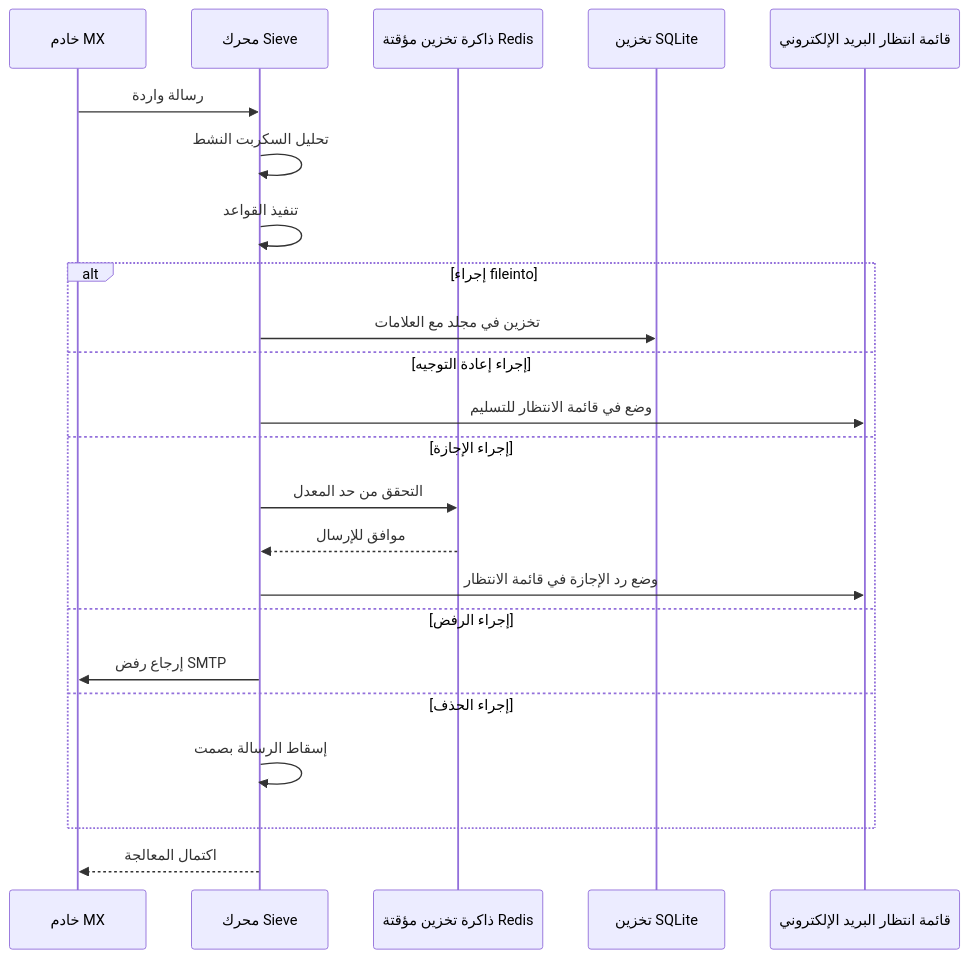
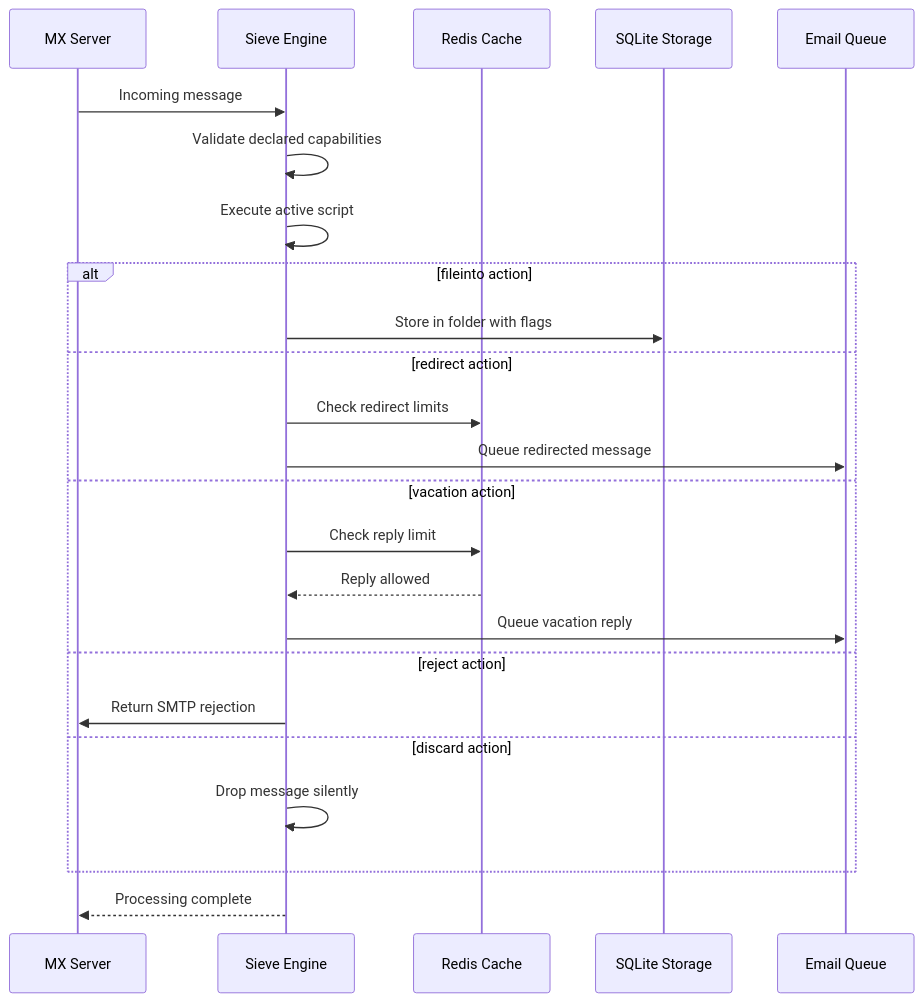
One commit to forwardemail/forwardemail.net changed the ninth of 16 diagrams in app/views/docs/email-protocols-rfc-compliance-imap-smtp-pop3-comparison/index-ar.md. Above: the diagram before and after it, drawn with Mermaid. The commit also changed other lines of this file and 87 other files, not shown here.

````diff
--- a/app/views/docs/email-protocols-rfc-compliance-imap-smtp-pop3-comparison/index-ar.md
+++ b/app/views/docs/email-protocols-rfc-compliance-imap-smtp-pop3-comparison/index-ar.md
@@ -1169,28 +1168,29 @@
 ```mermaid
 sequenceDiagram
-    participant MX as خادم MX
-    participant Sieve as محرك Sieve
-    participant Redis as ذاكرة تخزين مؤقتة Redis
-    participant SQLite as تخزين SQLite
-    participant Queue as قائمة انتظار البريد الإلكتروني
+    participant MX as MX Server
+    participant Sieve as Sieve Engine
+    participant Redis as Redis Cache
+    participant SQLite as SQLite Storage
+    participant Queue as Email Queue
 
-    MX->>Sieve: رسالة واردة
-    Sieve->>Sieve: تحليل السكربت النشط
-    Sieve->>Sieve: تنفيذ القواعد
+    MX->>Sieve: Incoming message
+    Sieve->>Sieve: Validate declared capabilities
+    Sieve->>Sieve: Execute active script
 
-    alt إجراء fileinto
-        Sieve->>SQLite: تخزين في مجلد مع العلامات
-    else إجراء إعادة التوجيه
-        Sieve->>Queue: وضع في قائمة الانتظار للتسليم
-    else إجراء الإجازة
-        Sieve->>Redis: التحقق من حد المعدل
-        Redis-->>Sieve: موافق للإرسال
-        Sieve->>Queue: وضع رد الإجازة في قائمة الانتظار
-    else إجراء الرفض
-        Sieve->>MX: إرجاع رفض SMTP
-    else إجراء الحذف
-        Sieve->>Sieve: إسقاط الرسالة بصمت
+    alt fileinto action
+        Sieve->>SQLite: Store in folder with flags
+    else redirect action
+        Sieve->>Redis: Check redirect limits
+        Sieve->>Queue: Queue redirected message
+    else vacation action
+        Sieve->>Redis: Check reply limit
+        Redis-->>Sieve: Reply allowed
+        Sieve->>Queue: Queue vacation reply
+    else reject action
+        Sieve->>MX: Return SMTP rejection
+    else discard action
+        Sieve->>Sieve: Drop message silently
     end
 
-    Sieve-->>MX: اكتمال المعالجة
+    Sieve-->>MX: Processing complete
 ```
````
